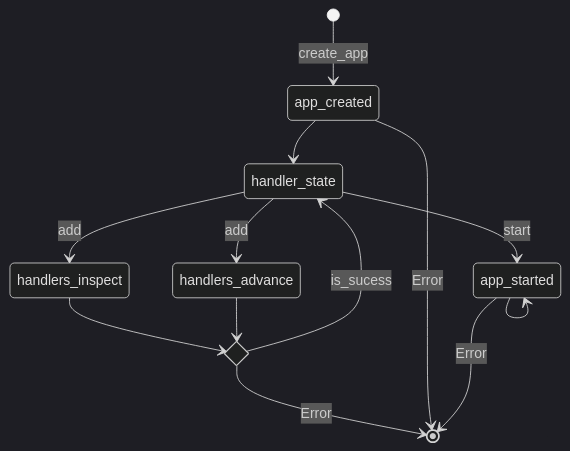
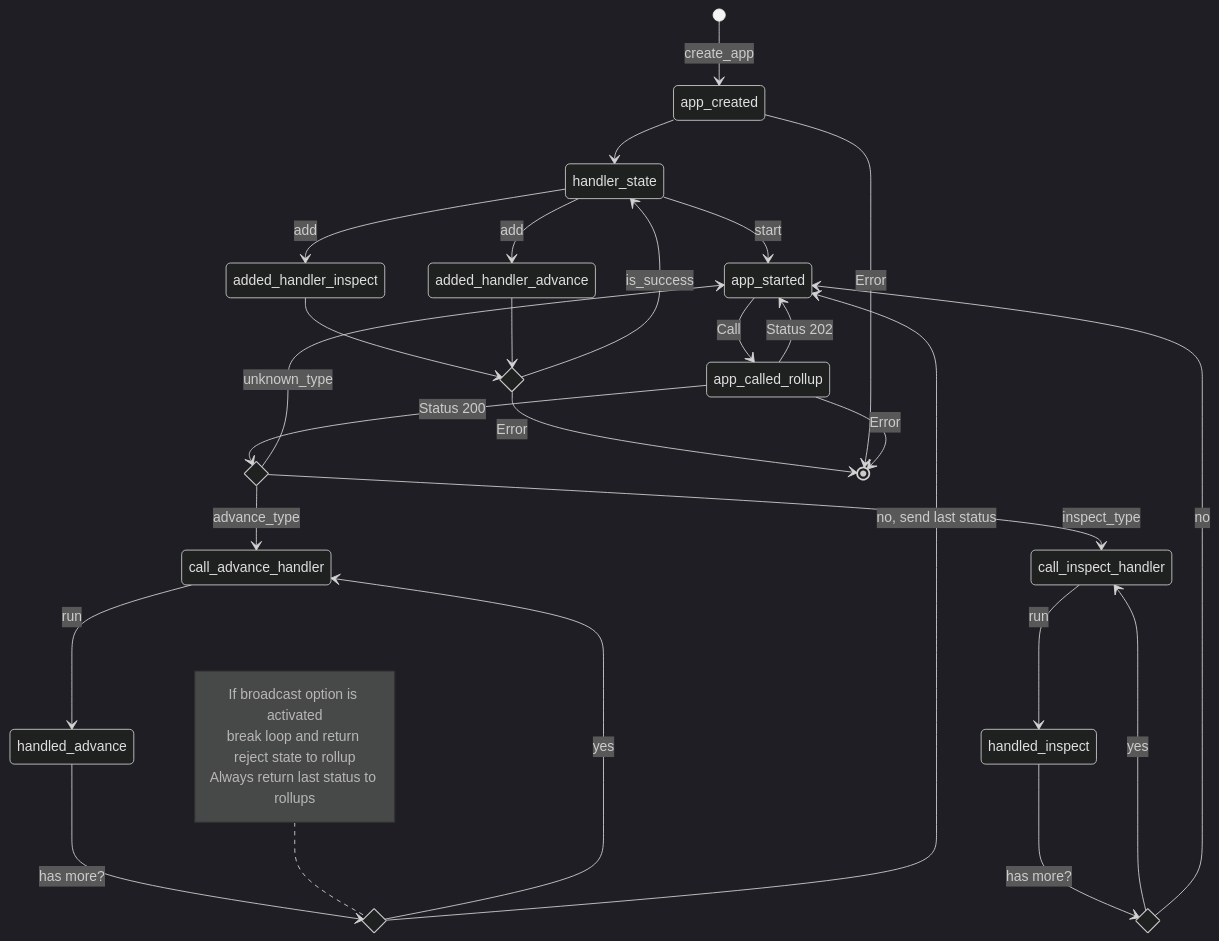
The diagram in README.md (Calindra/deroll), drawn with Mermaid (dark theme) before and after one commit.

Commit message:
docs: add more states

````diff
--- a/README.md
+++ b/README.md
@@ -141,32 +141,63 @@
 ```mermaid
 stateDiagram-v2
     A: app_created
 
-    E: handlers_inspect
-    F: handlers_advance
+    E: added_handler_inspect
+    F: added_handler_advance
 
     state is_added <<choice>>
+    state request_type <<choice>>
+    state has_handler_inspect <<choice>>
+    state has_handler_advanced <<choice>>
     
     G: app_started
+    C: app_called_rollup
+
+    ADH: call_advance_handler
+    INH: call_inspect_handler
 
     H: handler_state
 
     [*] --> A : create_app
     A --> H
     
     H --> F: add
     H --> E: add
     
     E --> is_added
     F --> is_added
 
-    is_added --> H: is_sucess
+    is_added --> H: is_success
     is_added --> [*]: Error
 
     H --> G: start
 
-    G --> G
+    G --> C : Call
+    C --> request_type : Status 200
+    C --> G: Status 202
+
+    request_type --> ADH: advance_type
+    request_type --> INH: inspect_type
+    request_type --> G: unknown_type
+
+    INH --> handled_inspect: run
+    ADH --> handled_advance: run
+
+    handled_inspect --> has_handler_inspect : has more?
+    handled_advance --> has_handler_advanced : has more?
+
+    has_handler_inspect --> INH: yes
+    has_handler_inspect --> G: no
+    
+    has_handler_advanced --> ADH: yes
+    has_handler_advanced --> G: no, send last status
+
+    note left of has_handler_advanced
+      If broadcast option is activated
+      break loop and return reject state to rollup
+      Always return last status to rollups
+    end note
 
     A --> [*] : Error
-    G --> [*] : Error
+    C --> [*] : Error
 ```
````
